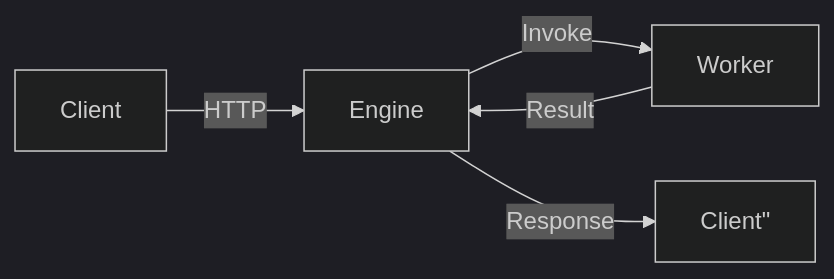
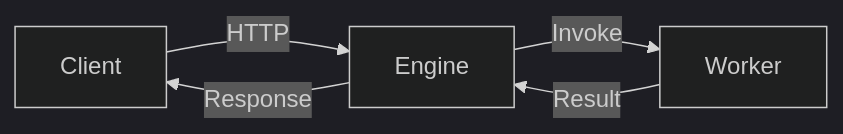
Before and after one commit to iii-hq/.github: the fourth of 6 diagrams in profile/README.md, drawn with Mermaid (dark theme). The commit also changed other lines of this file, not shown here.

````diff
--- a/profile/README.md
+++ b/profile/README.md
@@ -166,7 +166,7 @@
 ```mermaid
 graph LR
     Client[Client] -->|HTTP| Engine[Engine]
     Engine -->|Invoke| Worker[Worker]
     Worker -->|Result| Engine
-    Engine -->|Response| Client"
+    Engine -->|Response| Client
 ```
````
